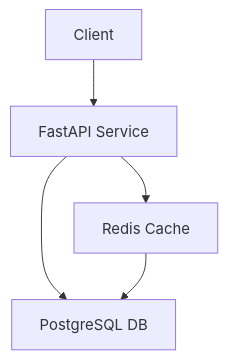
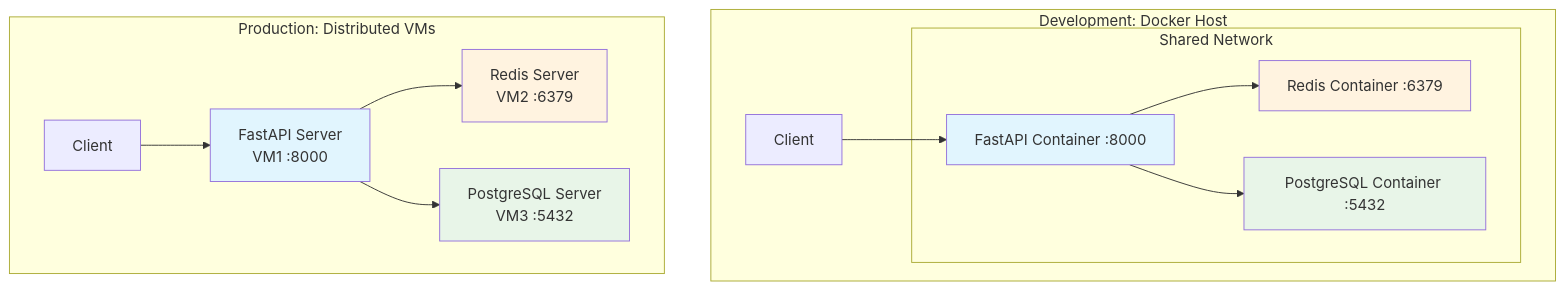
Before and after one commit to FreddyB200/sistema-recarga-viajes-backend: the second of 5 diagrams in README.md, drawn with Mermaid. The commit also changed other lines of this file and 4 other files, not shown here.

````diff
--- a/README.md
+++ b/README.md
@@ -55,7 +74,27 @@
 ```mermaid
-graph TD
-    Client[Client] --> API[FastAPI Service]
-    API --> Redis[Redis Cache]
-    API --> PostgreSQL[PostgreSQL DB]
-    Redis --> PostgreSQL
+graph TB
+    subgraph "Development: Docker Host"
+        Client[Client] --> API[FastAPI Container :8000]
+        API --> Redis[Redis Container :6379]
+        API --> PostgreSQL[PostgreSQL Container :5432]
+        
+        subgraph "Shared Network"
+            API
+            Redis
+            PostgreSQL
+        end
+    end
+    
+    subgraph "Production: Distributed VMs"
+        Client2[Client] --> API2[FastAPI Server<br/>VM1 :8000]
+        API2 --> Redis2[Redis Server<br/>VM2 :6379]
+        API2 --> PostgreSQL2[PostgreSQL Server<br/>VM3 :5432]
+    end
+    
+    style API fill:#e1f5fe
+    style Redis fill:#fff3e0
+    style PostgreSQL fill:#e8f5e8
+    style API2 fill:#e1f5fe
+    style Redis2 fill:#fff3e0
+    style PostgreSQL2 fill:#e8f5e8
 ```
````
